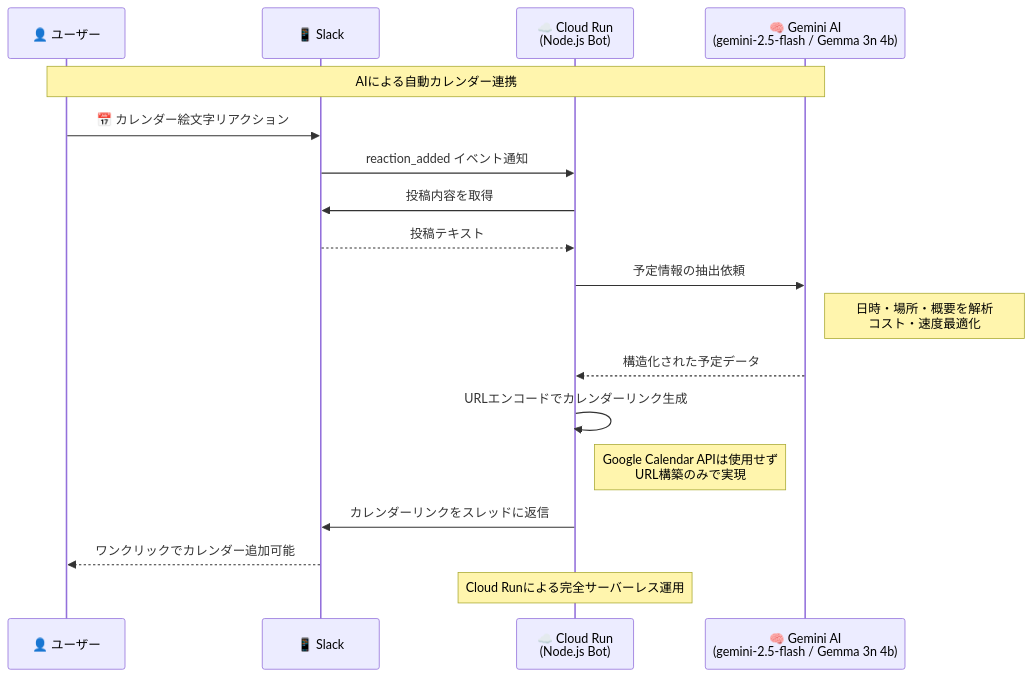
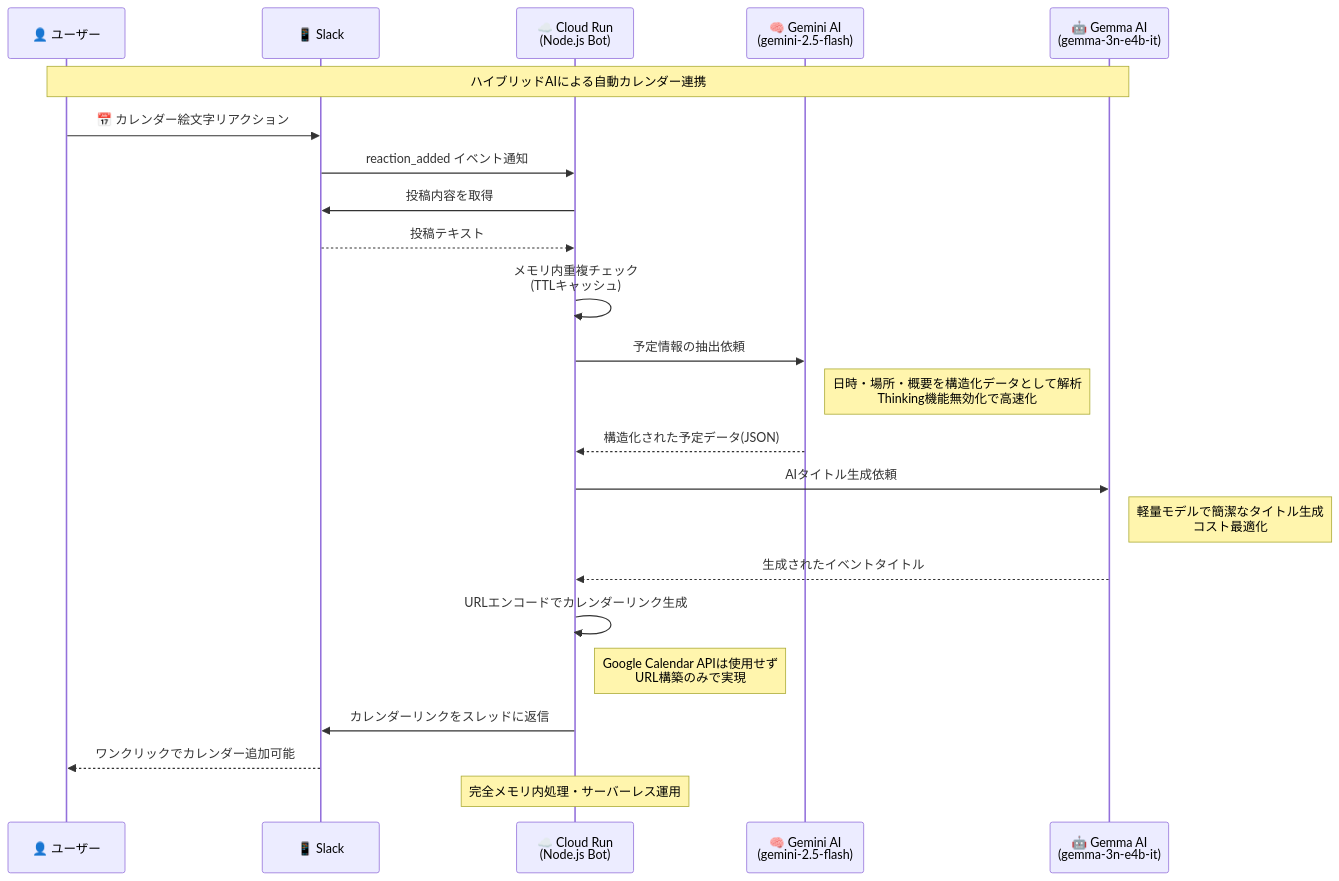
Before and after one commit to matsuvr/calendar-slack-bot: the first of 5 diagrams in README.md, drawn with Mermaid. The commit also changed other lines of this file and 4 other files, not shown here.

Commit message:
Remove system architecture documentation for Calendar Slack Bot

````diff
--- a/README.md
+++ b/README.md
@@ -21,27 +22,34 @@
 ```mermaid
 sequenceDiagram
     participant User as 👤 ユーザー
     participant Slack as 📱 Slack
     participant CloudRun as ☁️ Cloud Run<br/>(Node.js Bot)
-    participant Gemini as 🧠 Gemini AI<br/>(gemini-2.5-flash / Gemma 3n 4b)
+    participant Gemini as 🧠 Gemini AI<br/>(gemini-2.5-flash)
+    participant Gemma as 🤖 Gemma AI<br/>(gemma-3n-e4b-it)
 
-    Note over User,Gemini: AIによる自動カレンダー連携
+    Note over User,Gemma: ハイブリッドAIによる自動カレンダー連携
 
     User->>Slack: 📅 カレンダー絵文字リアクション
     Slack->>CloudRun: reaction_added イベント通知
     
     CloudRun->>Slack: 投稿内容を取得
     Slack-->>CloudRun: 投稿テキスト
     
+    CloudRun->>CloudRun: メモリ内重複チェック<br/>(TTLキャッシュ)
+    
     CloudRun->>Gemini: 予定情報の抽出依頼
-    Note right of Gemini: 日時・場所・概要を解析<br/>コスト・速度最適化
-    Gemini-->>CloudRun: 構造化された予定データ
+    Note right of Gemini: 日時・場所・概要を構造化データとして解析<br/>Thinking機能無効化で高速化
+    Gemini-->>CloudRun: 構造化された予定データ(JSON)
+    
+    CloudRun->>Gemma: AIタイトル生成依頼
+    Note right of Gemma: 軽量モデルで簡潔なタイトル生成<br/>コスト最適化
+    Gemma-->>CloudRun: 生成されたイベントタイトル
     
     CloudRun->>CloudRun: URLエンコードでカレンダーリンク生成
     Note right of CloudRun: Google Calendar APIは使用せず<br/>URL構築のみで実現
     
     CloudRun->>Slack: カレンダーリンクをスレッドに返信
     Slack-->>User: ワンクリックでカレンダー追加可能
     
-    Note over CloudRun: Cloud Runによる完全サーバーレス運用
+    Note over CloudRun: 完全メモリ内処理・サーバーレス運用
 ```
````
